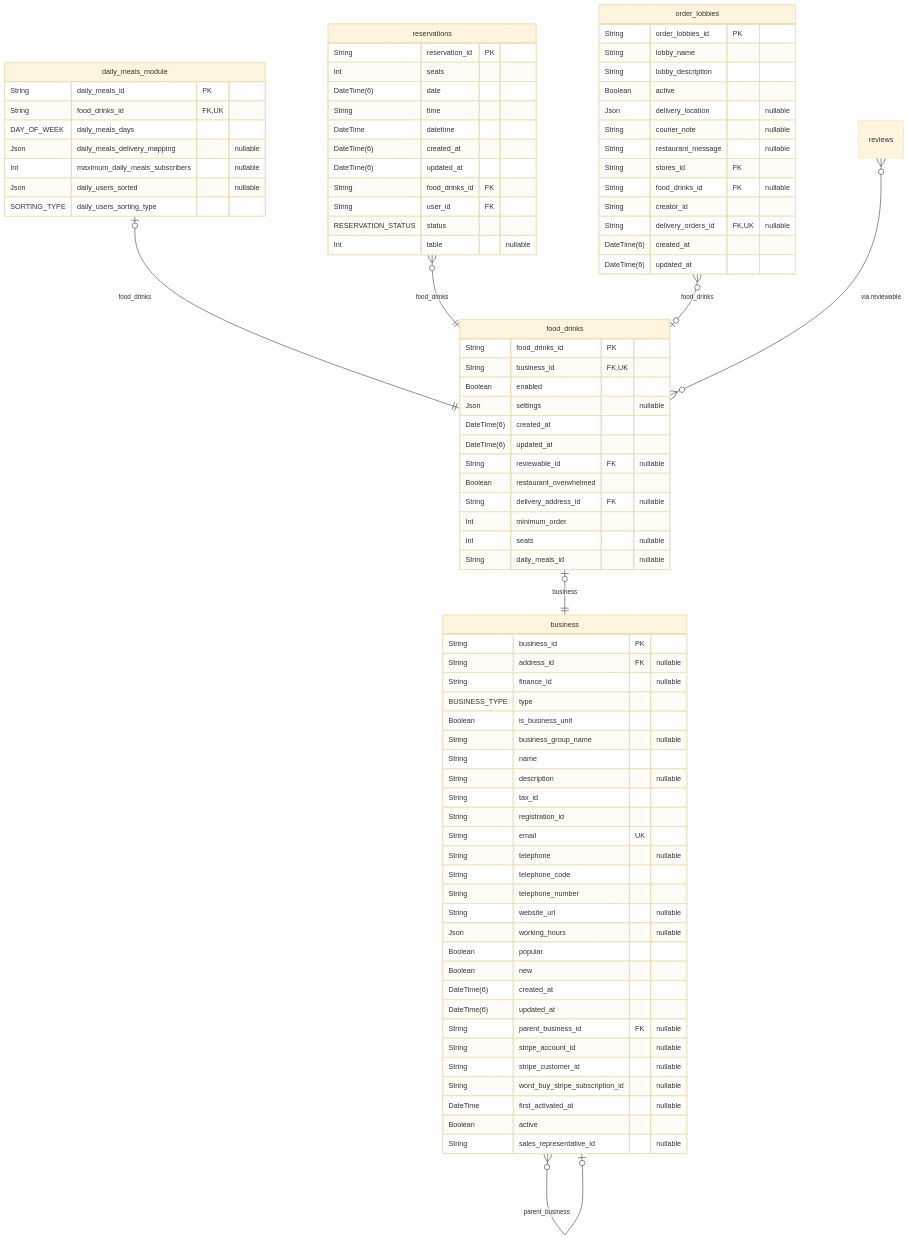
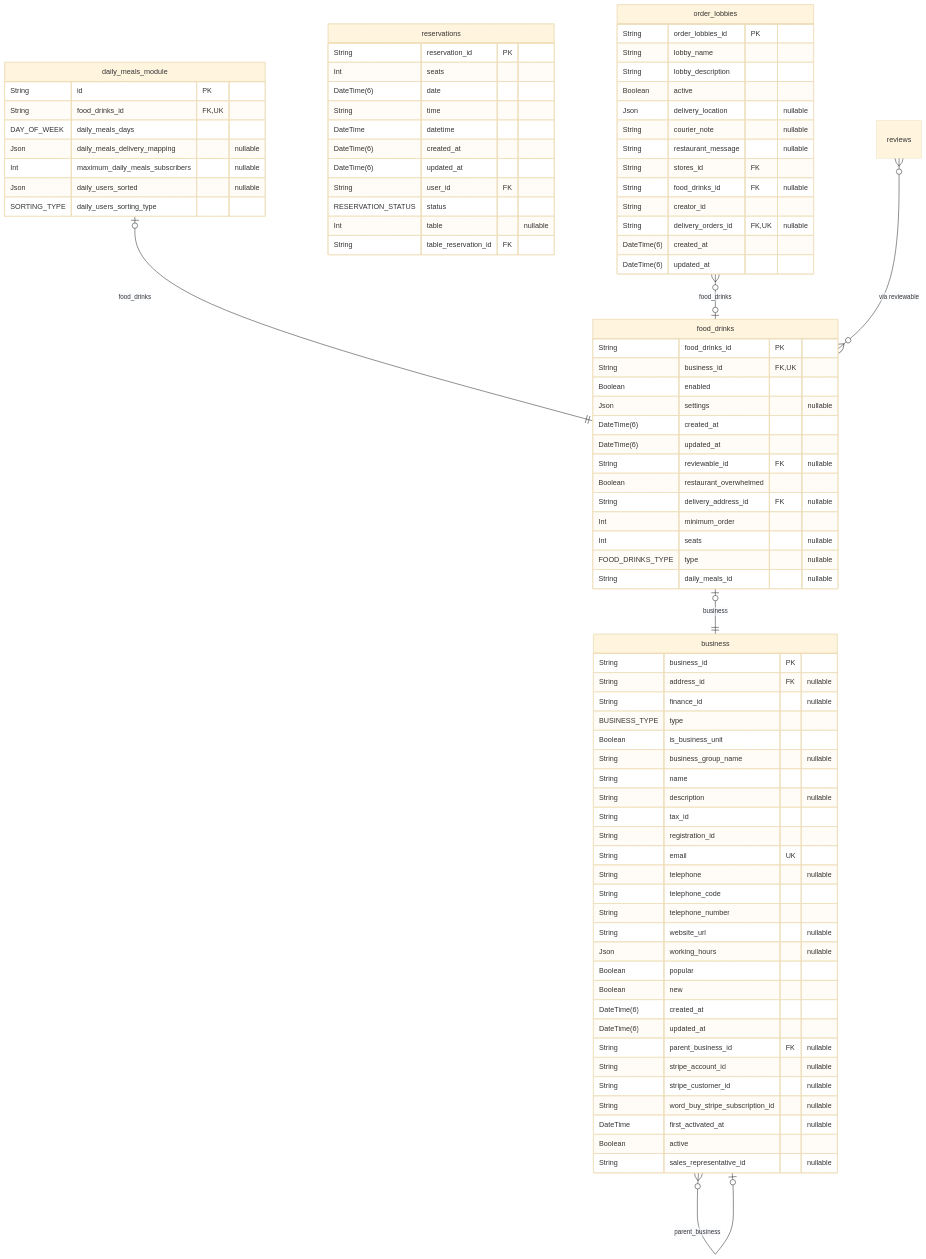
Before and after one commit to pbozic/be-analyisis: diagram 20 of 38 in prisma/schemas/ERD.md, drawn with Mermaid (base theme). The commit also changed other lines of this file and 1 other file, not shown here.

Commit message:
feature: table reservations/merchant type update

````diff
--- a/prisma/schemas/ERD.md
+++ b/prisma/schemas/ERD.md
@@ -5137,7 +5142,7 @@
 ```mermaid
 erDiagram
 "daily_meals_module" {
-  String daily_meals_id PK
+  String id PK
   String food_drinks_id FK,UK
   DAY_OF_WEEK daily_meals_days
   Json daily_meals_delivery_mapping "nullable"
@@ -5153,10 +5158,10 @@
   DateTime datetime
   DateTime(6) created_at
   DateTime(6) updated_at
-  String food_drinks_id FK
   String user_id FK
   RESERVATION_STATUS status
   Int table "nullable"
+  String table_reservation_id FK
 }
 "business" {
   String business_id PK
@@ -5199,6 +5204,7 @@
   String delivery_address_id FK "nullable"
   Int minimum_order
   Int seats "nullable"
+  FOOD_DRINKS_TYPE type "nullable"
   String daily_meals_id "nullable"
 }
 "order_lobbies" {
@@ -5217,7 +5223,6 @@
   DateTime(6) updated_at
 }
 "daily_meals_module" |o--|| "food_drinks" : food_drinks
-"reservations" }o--|| "food_drinks" : food_drinks
 "business" }o--o| "business" : parent_business
 "food_drinks" |o--|| "business" : business
 "order_lobbies" }o--o| "food_drinks" : food_drinks
````
